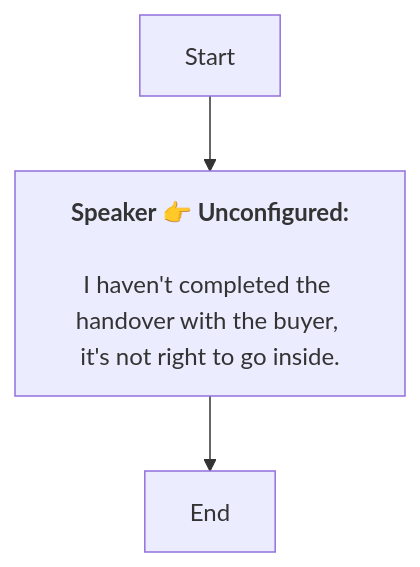
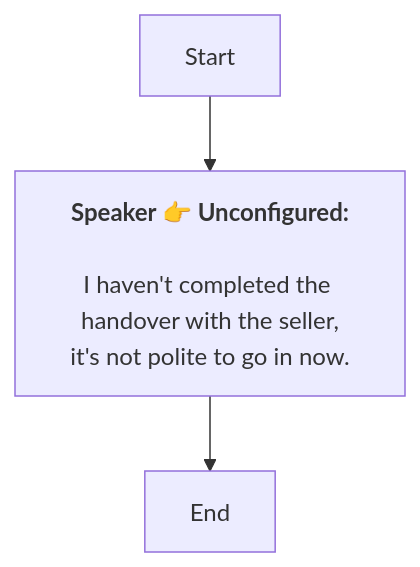
The diagram in En/HotelLocked.md (SoftHu/tos_avg), drawn with Mermaid before and after one commit. The commit also changed 297 other files, not shown here.

````diff
--- a/En/HotelLocked.md
+++ b/En/HotelLocked.md
@@ -1,8 +1,9 @@
 ```mermaid
 graph
 Start -->1738457327230061[<b>Speaker 👉 Unconfigured:</b>
 
-I haven't completed the handover with the buyer, it's not right to go inside.]
+I haven't completed the handover with the seller,
+it's not polite to go in now.]
 1738457327230061 -->1738457337441390[End]
 
  ```
````
